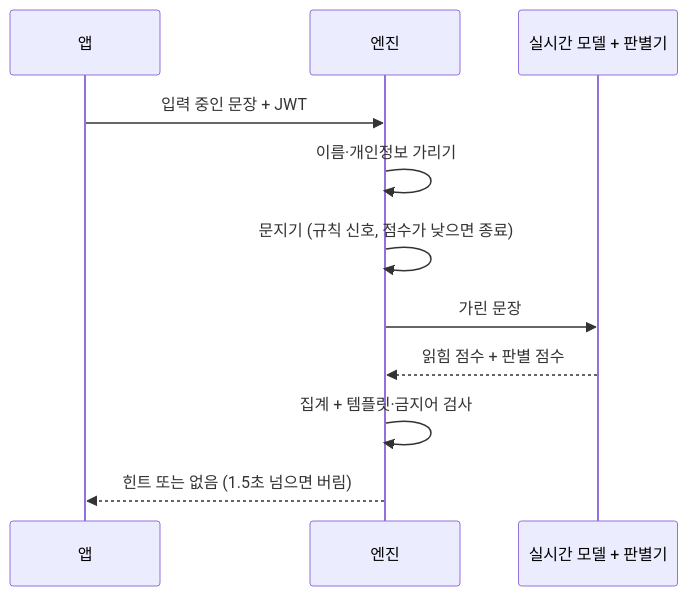
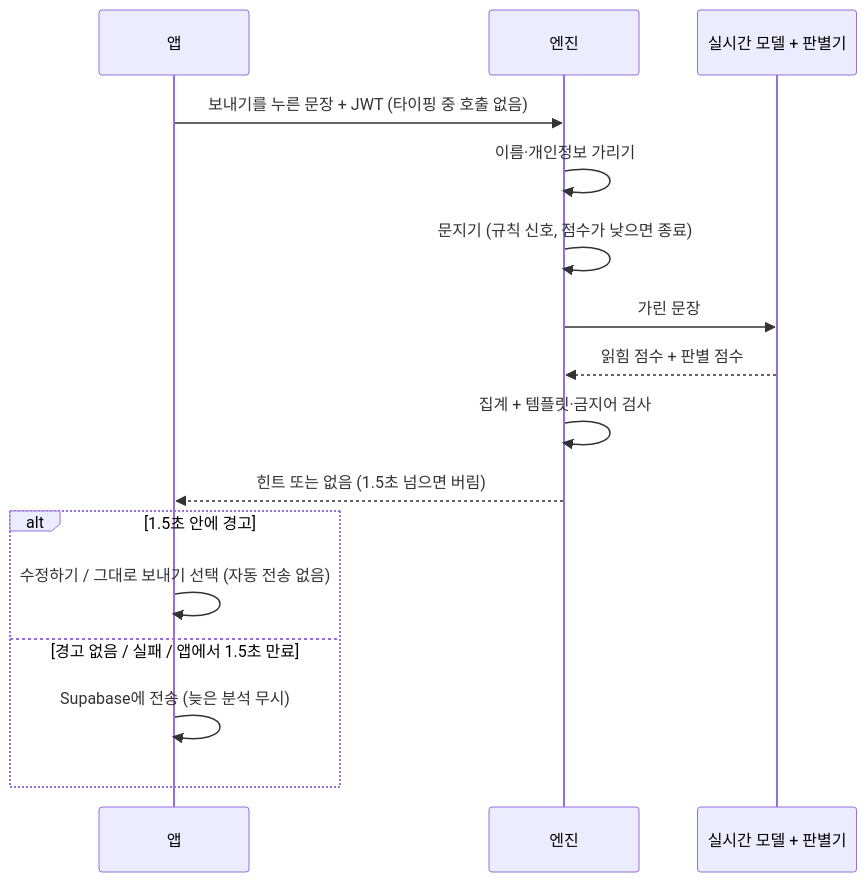
One commit to Daegyu519/Adventure_Design changed the second of 3 diagrams in docs/architecture-diagrams.md. Above: the diagram before and after it, drawn with Mermaid. The commit also changed 16 other files, not shown here.

````diff
--- a/docs/architecture-diagrams.md
+++ b/docs/architecture-diagrams.md
@@ -46,13 +46,18 @@
 ```mermaid
 sequenceDiagram
   participant A as 앱
   participant E as 엔진
   participant M as 실시간 모델 + 판별기
-  A->>E: 입력 중인 문장 + JWT
+  A->>E: 보내기를 누른 문장 + JWT (타이핑 중 호출 없음)
   E->>E: 이름·개인정보 가리기
   E->>E: 문지기 (규칙 신호, 점수가 낮으면 종료)
   E->>M: 가린 문장
   M-->>E: 읽힘 점수 + 판별 점수
   E->>E: 집계 + 템플릿·금지어 검사
   E-->>A: 힌트 또는 없음 (1.5초 넘으면 버림)
+  alt 1.5초 안에 경고
+    A->>A: 수정하기 / 그대로 보내기 선택 (자동 전송 없음)
+  else 경고 없음 / 실패 / 앱에서 1.5초 만료
+    A->>A: Supabase에 전송 (늦은 분석 무시)
+  end
 ```
````
